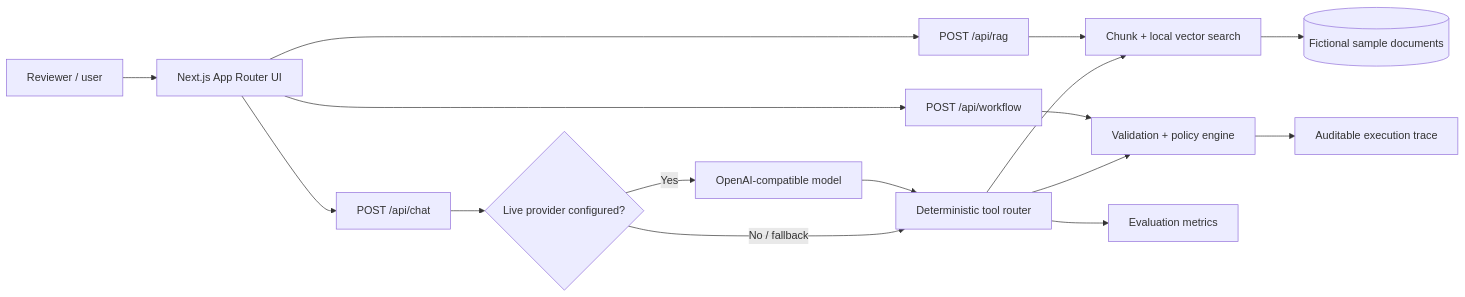
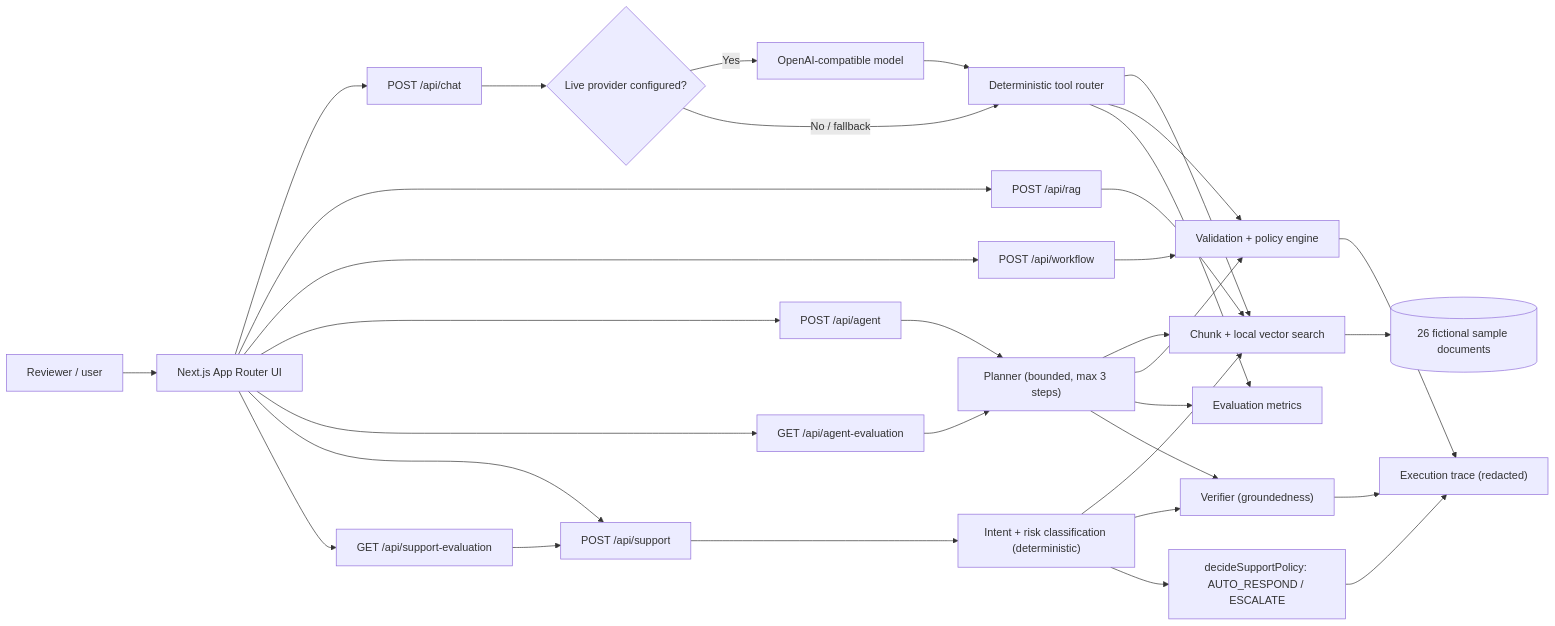
The first of 3 diagrams in README.md (Palatip18/ai-operations-studio), drawn with Mermaid before and after one commit. The commit also changed other lines of this file and 27 other files, not shown here.

````diff
--- a/README.md
+++ b/README.md
@@ -44,18 +87,35 @@
 ```mermaid
 flowchart LR
   U["Reviewer / user"] --> UI["Next.js App Router UI"]
   UI --> C["POST /api/chat"]
   UI --> R["POST /api/rag"]
   UI --> W["POST /api/workflow"]
+  UI --> A["POST /api/agent"]
+  UI --> AE["GET /api/agent-evaluation"]
+  UI --> S["POST /api/support"]
+  UI --> SE["GET /api/support-evaluation"]
   C --> L{"Live provider configured?"}
   L -->|"Yes"| M["OpenAI-compatible model"]
   L -->|"No / fallback"| T["Deterministic tool router"]
   M --> T
   T --> K["Chunk + local vector search"]
   T --> V
   T --> E["Evaluation metrics"]
   R --> K
   W --> V["Validation + policy engine"]
-  K --> D[("Fictional sample documents")]
-  V --> O["Auditable execution trace"]
+  A --> P["Planner (bounded, max 3 steps)"]
+  P --> K
+  P --> V
+  P --> E
+  P --> VF["Verifier (groundedness)"]
+  S --> CL["Intent + risk classification (deterministic)"]
+  CL --> K
+  CL --> VF
+  CL --> SD["decideSupportPolicy: AUTO_RESPOND / ESCALATE"]
+  VF --> O["Execution trace (redacted)"]
+  SD --> O
+  AE --> P
+  SE --> S
+  K --> D[("26 fictional sample documents")]
+  V --> O
 ```
````
